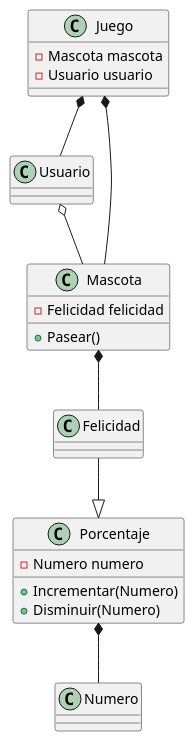
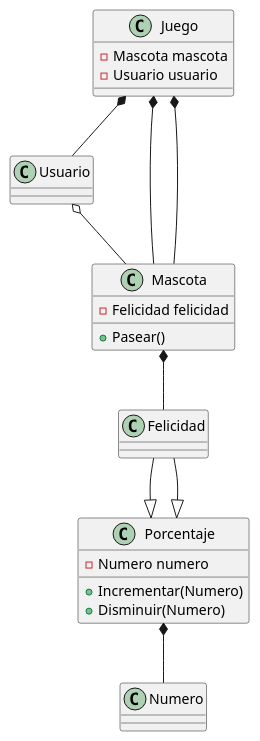
The diagram in docs/diagrama.puml (D-CarbajalS/MarioBros), drawn with PlantUML before and after one commit. The commit also changed 3 other files, not shown here.

```diff
--- a/docs/diagrama.puml
+++ b/docs/diagrama.puml
@@ -1,25 +1,27 @@
 @startuml Diagrama
 
 class Usuario
 class Mascota{
     -Felicidad felicidad
     + Pasear()
 }
 class Juego{
     -Mascota mascota
     - Usuario usuario 
 }
 class Felicidad
 class Porcentaje{
     -Numero numero
     + Incrementar(Numero)
     + Disminuir(Numero)
 }
 
 Usuario o-- Mascota
 Mascota *-- Felicidad
 Juego *-- Usuario
 Juego *-- Mascota
 Felicidad --|> Porcentaje
 Porcentaje *-- Numero
+Juego *--Mascota 
+Felicidad --|> Porcentaje
 @enduml
```
